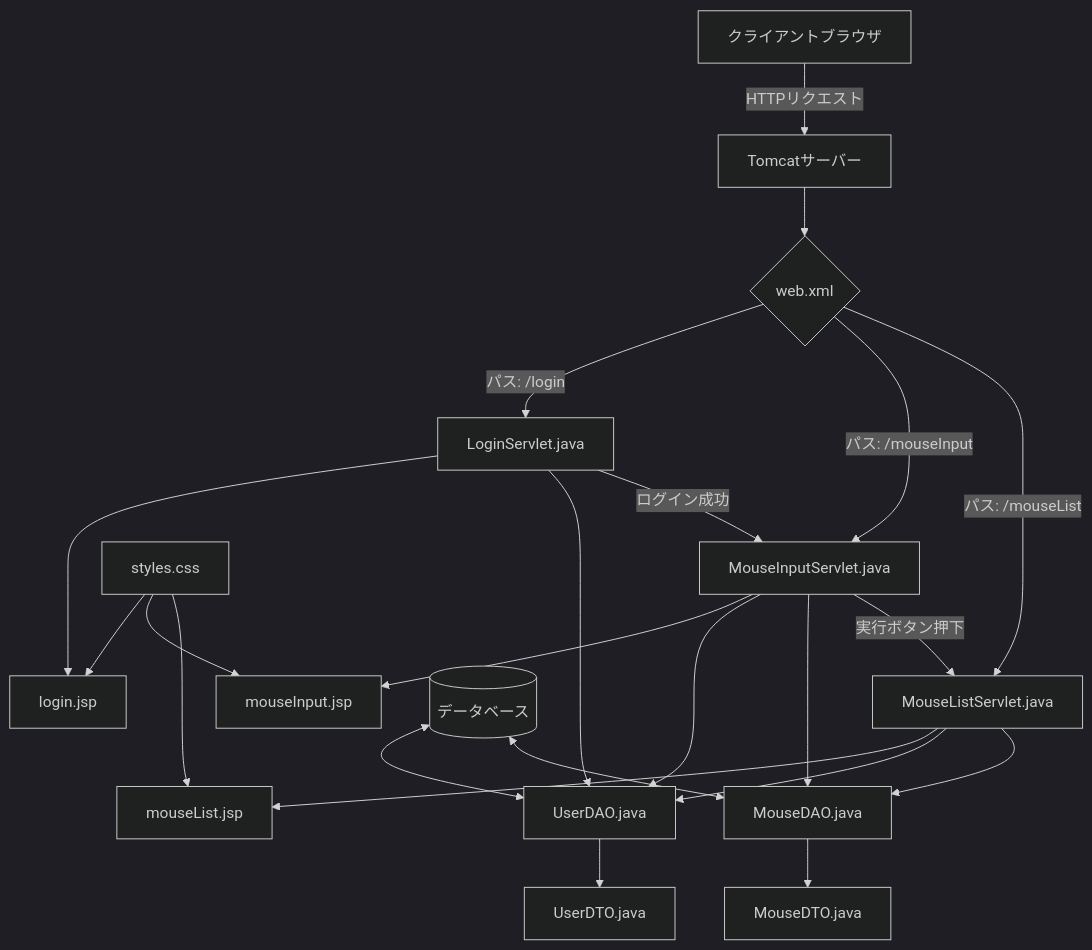
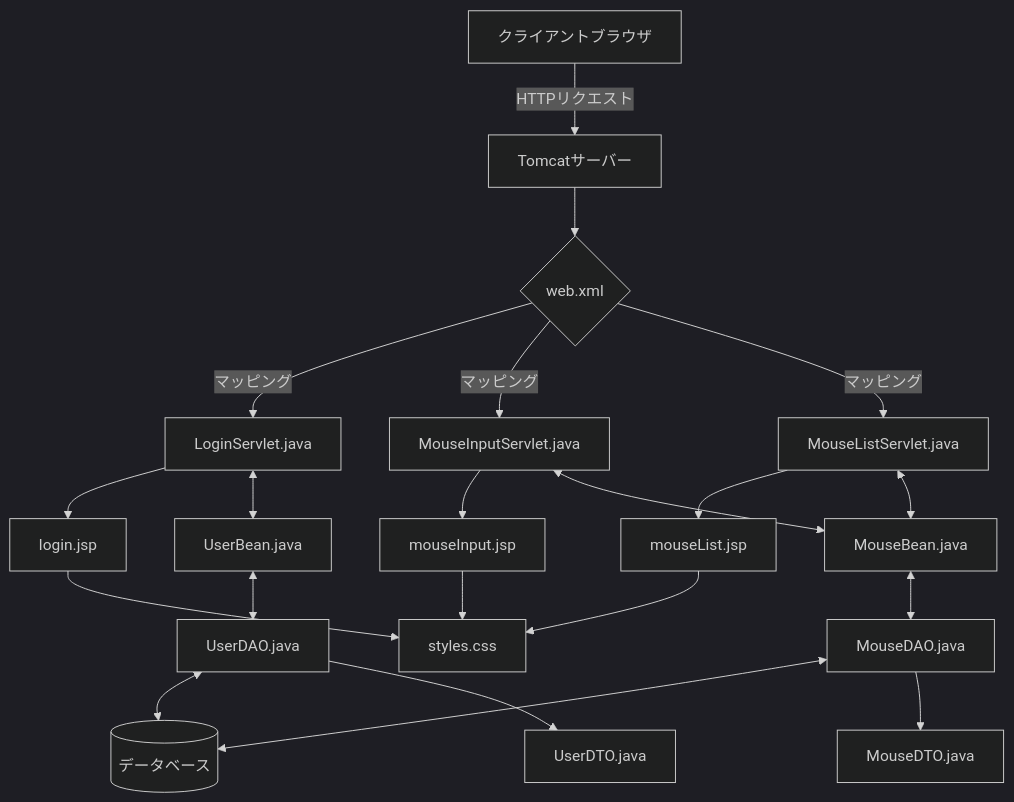
Before and after one commit to mu-san16/mouseapp: the diagram in README.md, drawn with Mermaid (dark theme).

````diff
--- a/README.md
+++ b/README.md
@@ -5,31 +5,23 @@
 ```mermaid
 graph TD
     A[クライアントブラウザ] -->|HTTPリクエスト| B[Tomcatサーバー]
     B --> C{web.xml}
-    C -->|パス: /login| D[LoginServlet.java]
-    C -->|パス: /mouseInput| E[MouseInputServlet.java]
-    C -->|パス: /mouseList| F[MouseListServlet.java]
-    
+    C -->|マッピング| D[LoginServlet.java]
+    C -->|マッピング| E[MouseInputServlet.java]
+    C -->|マッピング| F[MouseListServlet.java]
     D --> G[login.jsp]
     E --> H[mouseInput.jsp]
     F --> I[mouseList.jsp]
-    
-    J[styles.css] --> G
-    J --> H
-    J --> I
-    
-    D --> K[UserDAO.java]
-    E --> K
-    F --> K
-    E --> L[MouseDAO.java]
-    F --> L
-    
-    K --> M[UserDTO.java]
-    L --> N[MouseDTO.java]
-    
-    O[(データベース)] <--> K
-    O <--> L
-    
-    D -->|ログイン成功| E
-    E -->|実行ボタン押下| F
+    G --> J[styles.css]
+    H --> J
+    I --> J
+    D <--> K[UserBean.java]
+    E <--> L[MouseBean.java]
+    F <--> L
+    K <--> M[UserDAO.java]
+    L <--> N[MouseDAO.java]
+    M <--> O[(データベース)]
+    N <--> O
+    M --> P[UserDTO.java]
+    N --> Q[MouseDTO.java]
 ```
````
